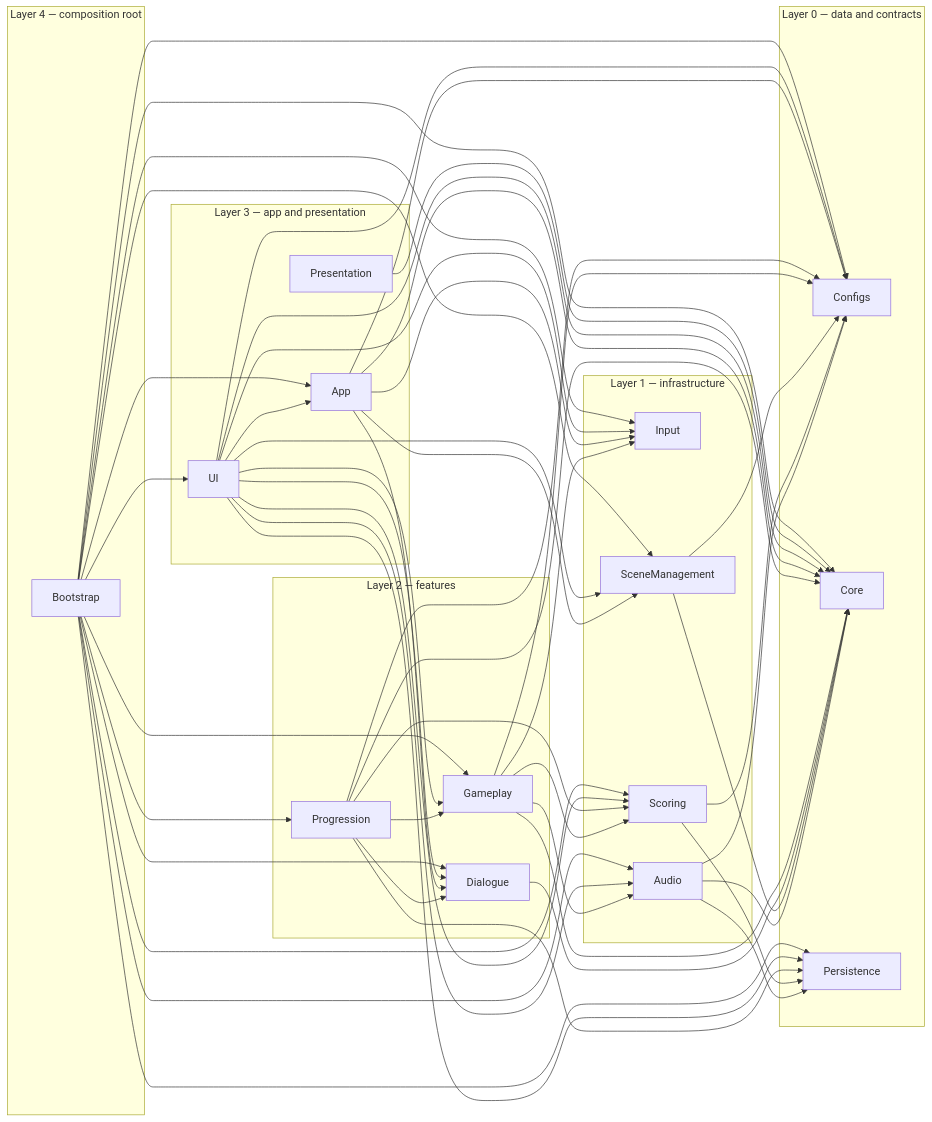
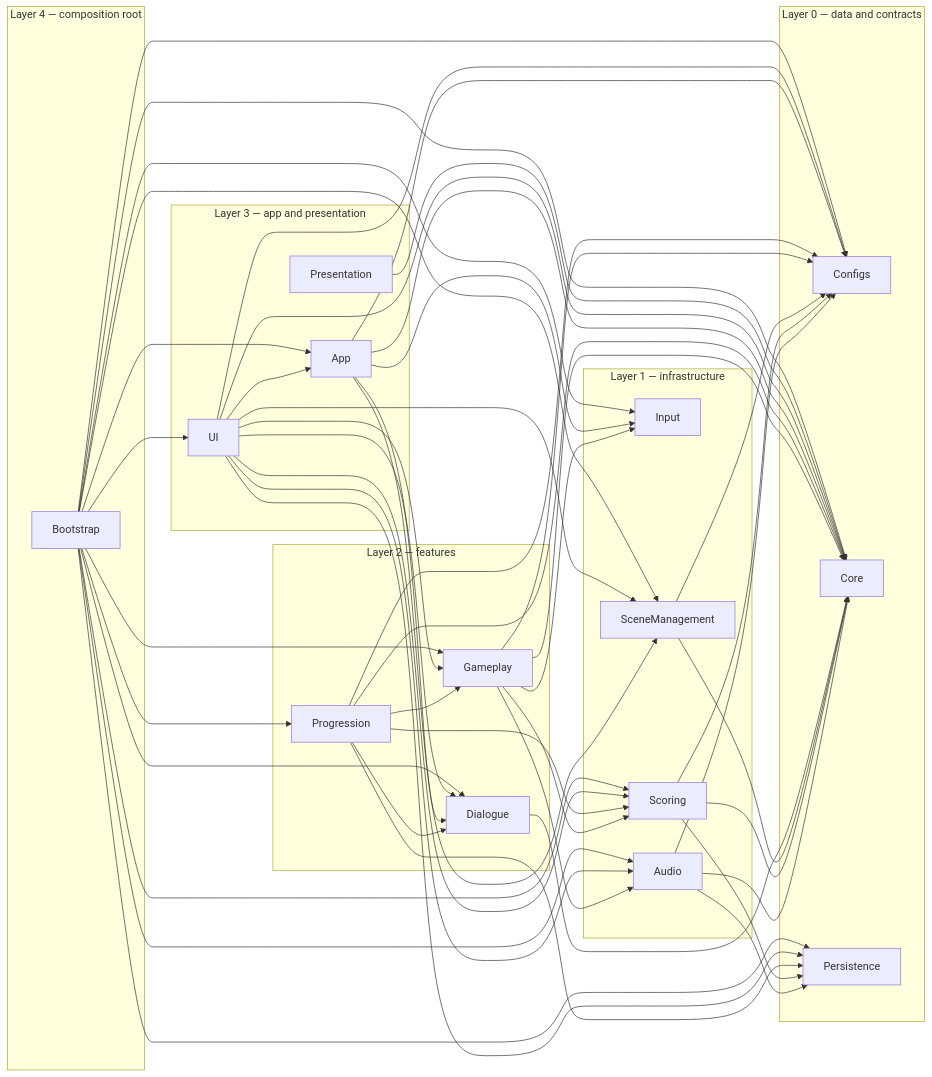
Before and after one commit to ruslanguba/DreamVille: the diagram in README.md, drawn with Mermaid. The commit also changed other lines of this file and 5 other files, not shown here.

````diff
--- a/README.md
+++ b/README.md
@@ -78,42 +78,42 @@
 ```mermaid
 graph LR
     subgraph L0["Layer 0 — data and contracts"]
         Configs
         Core
         Persistence
     end
 
     subgraph L1["Layer 1 — infrastructure"]
         Input
         Audio
         Scoring
         SceneManagement
     end
 
     subgraph L2["Layer 2 — features"]
         Gameplay
         Dialogue
         Progression
     end
 
     subgraph L3["Layer 3 — app and presentation"]
         App
         UI
         Presentation
     end
 
     subgraph L4["Layer 4 — composition root"]
         Bootstrap
     end
 
     Audio --> Configs & Core & Persistence
-    Scoring --> Configs & Persistence
+    Scoring --> Configs & Core & Persistence
     SceneManagement --> Configs & Core
     Dialogue --> Core
     Gameplay --> Audio & Configs & Core & Input & Scoring
     Progression --> Configs & Core & Dialogue & Gameplay & Persistence & Scoring
     App --> Configs & Core & Dialogue & Input & SceneManagement
-    UI --> App & Audio & Configs & Core & Dialogue & Gameplay & Input & Persistence & SceneManagement & Scoring
+    UI --> App & Audio & Configs & Core & Dialogue & Gameplay & Persistence & SceneManagement & Scoring
     Presentation --> Core
     Bootstrap --> App & Audio & Configs & Core & Dialogue & Gameplay & Input & Persistence & Progression & SceneManagement & Scoring & UI
 ```
````
